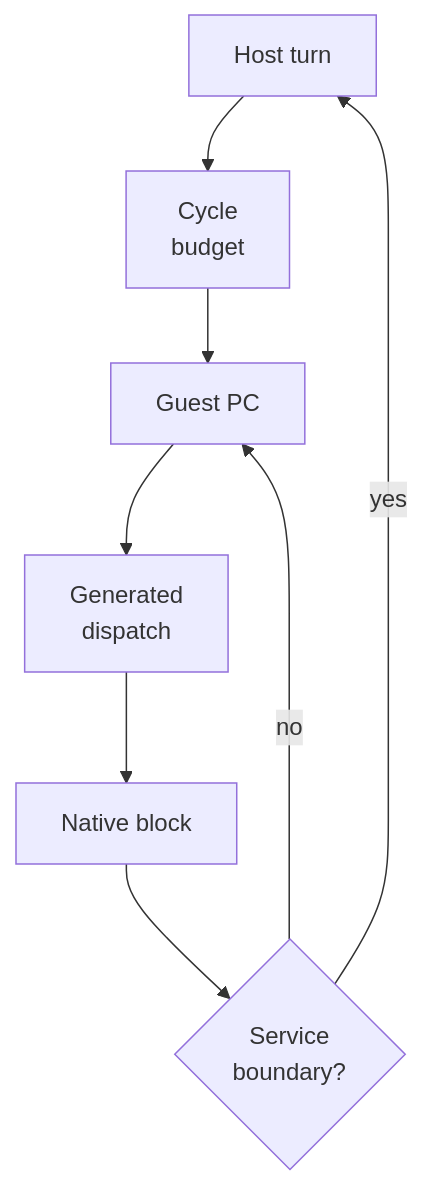
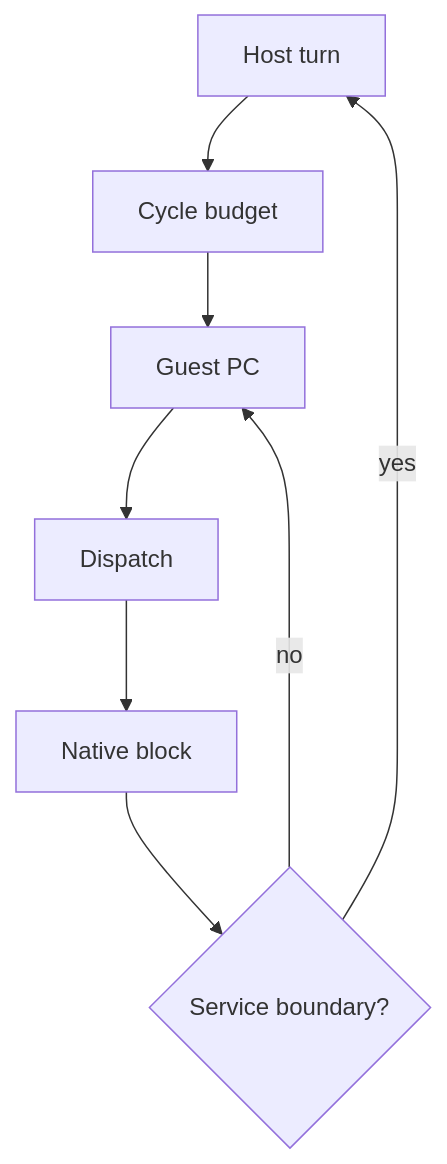
The second of 2 diagrams in docs/architecture/runtime/GameModule.md (Aelbannan/boat_of_daphnes), drawn with Mermaid before and after one commit. The commit also changed other lines of this file and 6 other files, not shown here.

Commit message:
docs: remove clipped Mermaid multiline labels

````diff
--- a/docs/architecture/runtime/GameModule.md
+++ b/docs/architecture/runtime/GameModule.md
@@ -60,13 +60,13 @@
 ```mermaid
 flowchart TD
     Host["Host turn"]
-    Budget["Cycle<br/>budget"]
+    Budget["Cycle budget"]
     PC["Guest PC"]
-    Dispatch["Generated<br/>dispatch"]
+    Dispatch["Dispatch"]
     Native["Native block"]
-    Boundary{"Service<br/>boundary?"}
+    Boundary{"Service boundary?"}
 
     Host --> Budget --> PC --> Dispatch --> Native --> Boundary
     Boundary -->|"no"| PC
     Boundary -->|"yes"| Host
 ```
````
